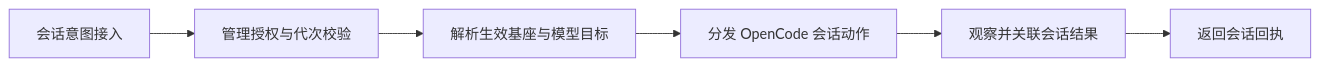
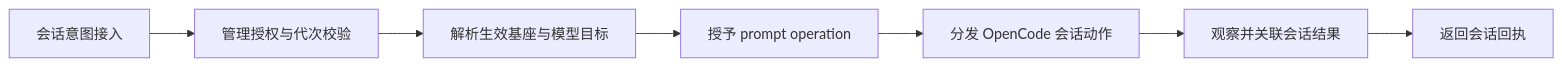
One commit to Jasonzhangf/AgentTeams changed the first of 2 diagrams in docs/design/teams-session-delivery.md. Above: the diagram before and after it, drawn with Mermaid. The commit also changed other lines of this file and 11 other files, not shown here.

````diff
--- a/docs/design/teams-session-delivery.md
+++ b/docs/design/teams-session-delivery.md
@@ -691,8 +691,9 @@
 ```mermaid
 flowchart LR
   A[会话意图接入] --> B[管理授权与代次校验]
   B --> C[解析生效基座与模型目标]
-  C --> D[分发 OpenCode 会话动作]
-  D --> E[观察并关联会话结果]
-  E --> F[返回会话回执]
+  C --> D[授予 prompt operation]
+  D --> E[分发 OpenCode 会话动作]
+  E --> F[观察并关联会话结果]
+  F --> G[返回会话回执]
 ```
````
